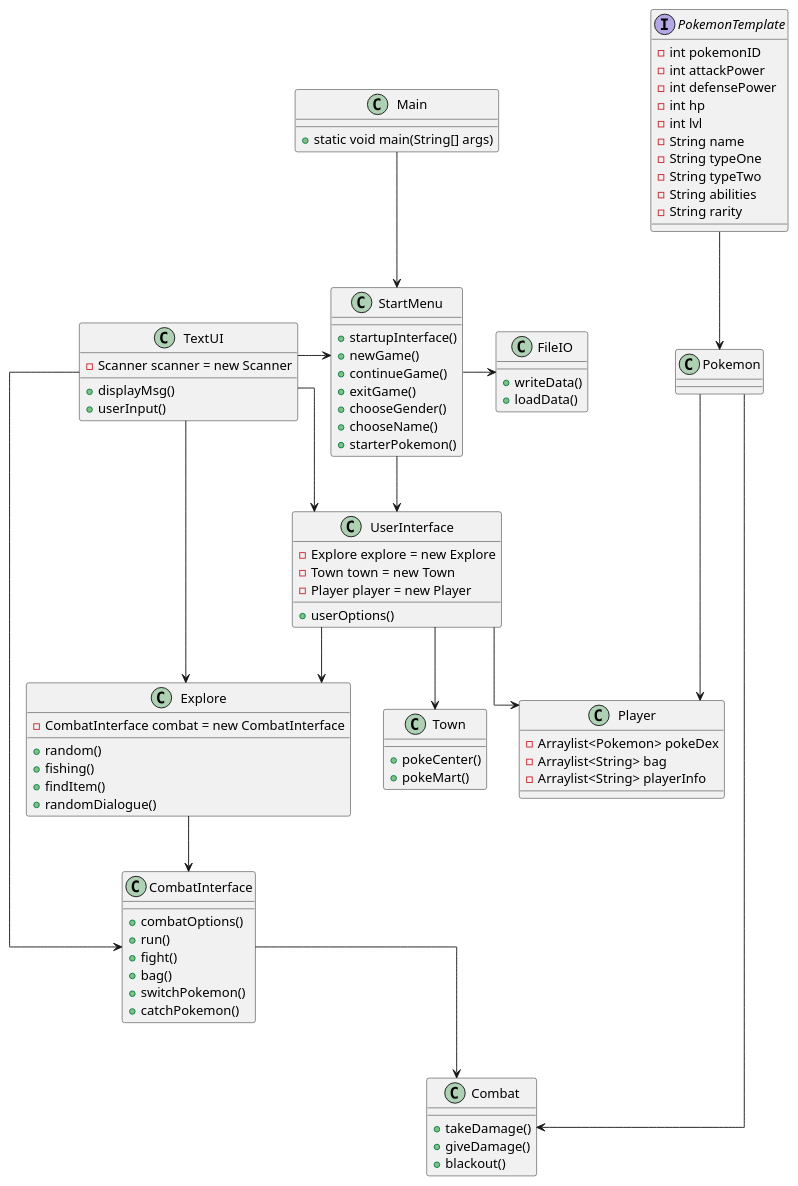
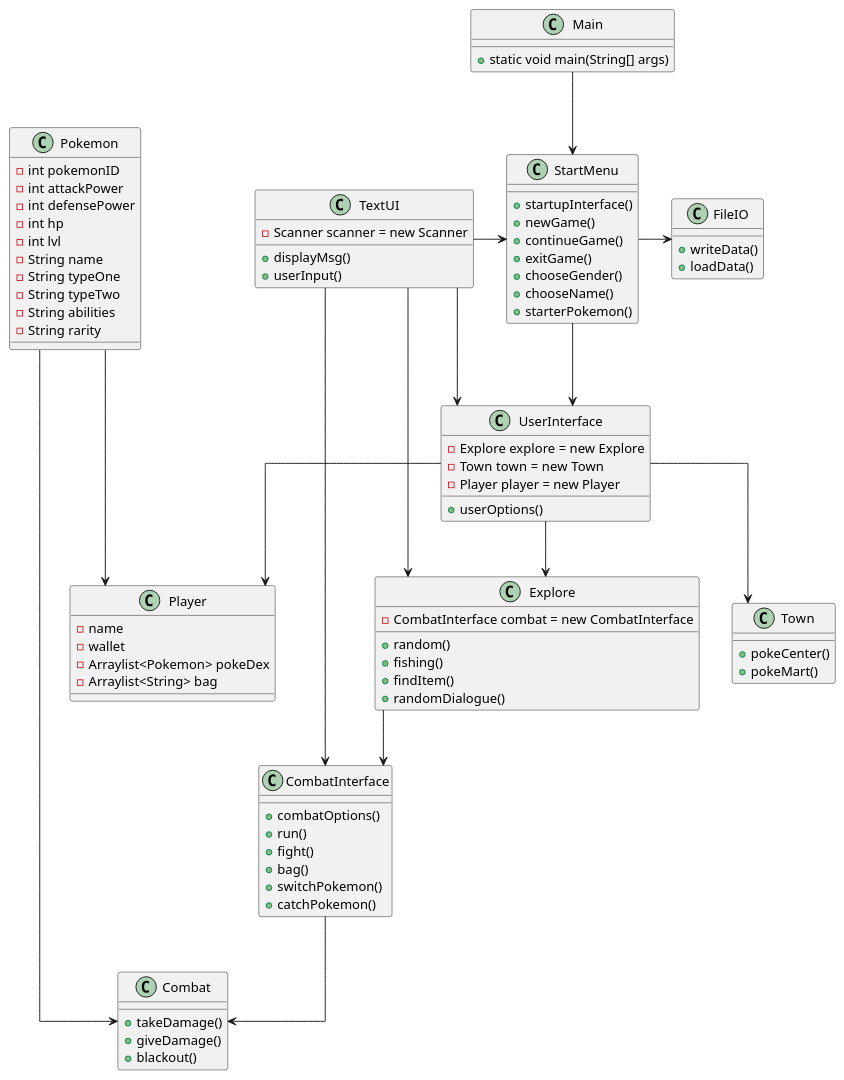
Before and after one commit to Maximitas/ICE: the diagram in Diagrams/ClassDiagram.puml, drawn with PlantUML. The commit also changed 5 other files, not shown here.

```diff
--- a/Diagrams/ClassDiagram.puml
+++ b/Diagrams/ClassDiagram.puml
@@ -1,107 +1,104 @@
 @startuml
 'https://plantuml.com/class-diagram
 skinparam linetype polyline
 skinparam linetype ortho
 
 class Main{
 + static void main(String[] args)
 }
 
 class StartMenu {
 + startupInterface()
 + newGame()
 + continueGame()
 + exitGame()
 + chooseGender()
 + chooseName()
 + starterPokemon()
 }
 
-interface PokemonTemplate{
+
+class Pokemon{
 - int pokemonID
 - int attackPower
 - int defensePower
 - int hp
 - int lvl
 - String name
 - String typeOne
 - String typeTwo
 - String abilities
 - String rarity
-}
-
-class Pokemon{
-
 }
 
 class Combat{
 + takeDamage()
 + giveDamage()
 + blackout()
 }
 
 class CombatInterface{
 + combatOptions()
 + run()
 + fight()
 + bag()
 + switchPokemon()
 + catchPokemon()
 
 }
 
 class Player{
+- name
+- wallet
 - Arraylist<Pokemon> pokeDex
 - Arraylist<String> bag
-- Arraylist<String> playerInfo
 
 }
 
 class UserInterface {
 - Explore explore = new Explore
 - Town town = new Town
 - Player player = new Player
 + userOptions()
 }
 
 class Town {
 + pokeCenter()
 + pokeMart()
 }
 
 class Explore {
 - CombatInterface combat = new CombatInterface
 + random()
 + fishing()
 + findItem()
 + randomDialogue()
 }
 
 class FileIO{
 + writeData()
 + loadData()
 }
 class TextUI{
 - Scanner scanner = new Scanner
 + displayMsg()
 + userInput()
 }
 
 Main --> StartMenu
 StartMenu --> UserInterface
 UserInterface --> Player
 UserInterface --> Town
 UserInterface --> Explore
 Explore --> CombatInterface
 CombatInterface --> Combat
-PokemonTemplate --> Pokemon
 Pokemon ---> Player
 Pokemon ---> Combat
 StartMenu -> FileIO
 TextUI -> StartMenu
 TextUI --> UserInterface
 TextUI --> Explore
 TextUI --> CombatInterface
 
 
 @enduml
```
